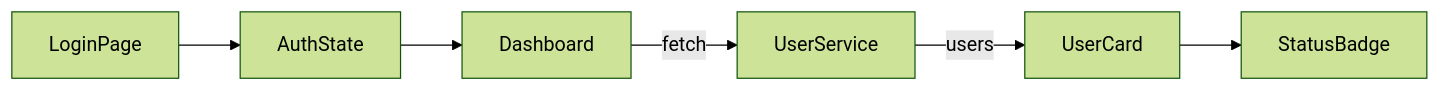
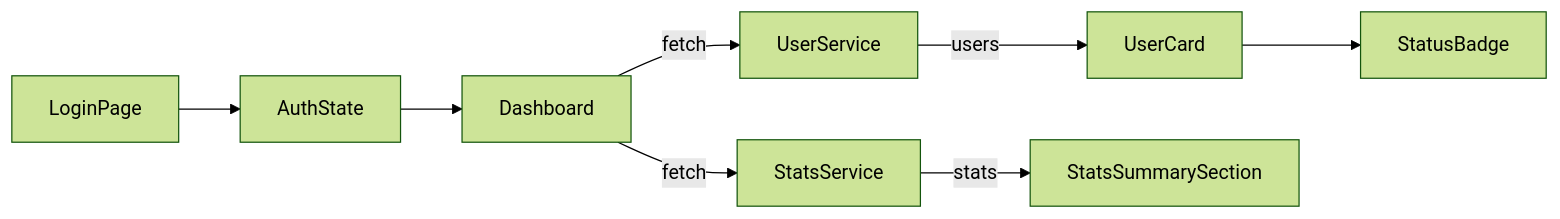
The diagram in TECHNICAL_SPEC.md (dlawl/cms-dashboard), drawn with Mermaid (forest theme) before and after one commit. The commit also changed other lines of this file and 5 other files, not shown here.

````diff
--- a/TECHNICAL_SPEC.md
+++ b/TECHNICAL_SPEC.md
@@ -23,8 +22,10 @@
 ```mermaid
 graph LR
   LoginPage --> AuthState
   AuthState --> Dashboard
   Dashboard -->|fetch| UserService
   UserService -->|users| UserCard
   UserCard --> StatusBadge
+  Dashboard -->|fetch| StatsService
+  StatsService -->|stats| StatsSummarySection
 ```
````
